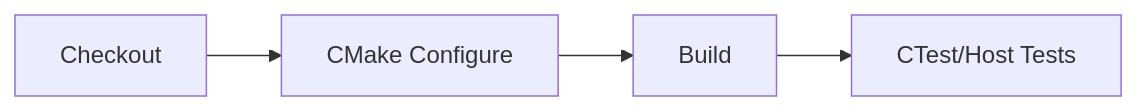
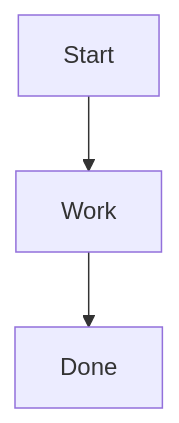
One commit to ch0t4nk/stm32h753zi changed the diagram in docs/build_testing.md. Above: the diagram before and after it, drawn with Mermaid. The commit also changed other lines of this file and 52 other files, not shown here.

Commit message:
chore: add configs/scripts/docs and host-test stubs (SSOT migration support)

````diff
--- a/docs/build_testing.md
+++ b/docs/build_testing.md
@@ -9,4 +14,5 @@
 ```mermaid
-flowchart LR
-  Checkout --> Configure[CMake Configure] --> Build --> Test[CTest/Host Tests]
+flowchart TD
+  A[Start] --> B[Work]
+  B --> C[Done]
 ```
````
